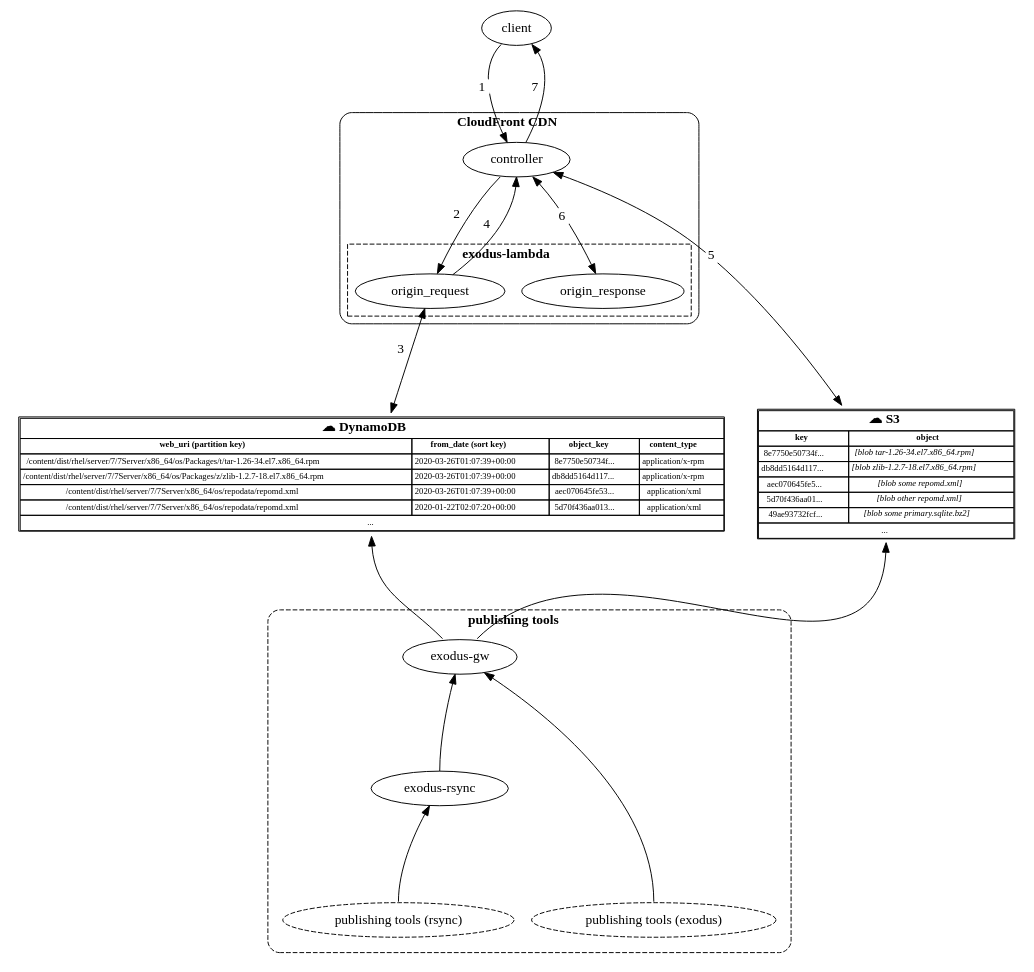
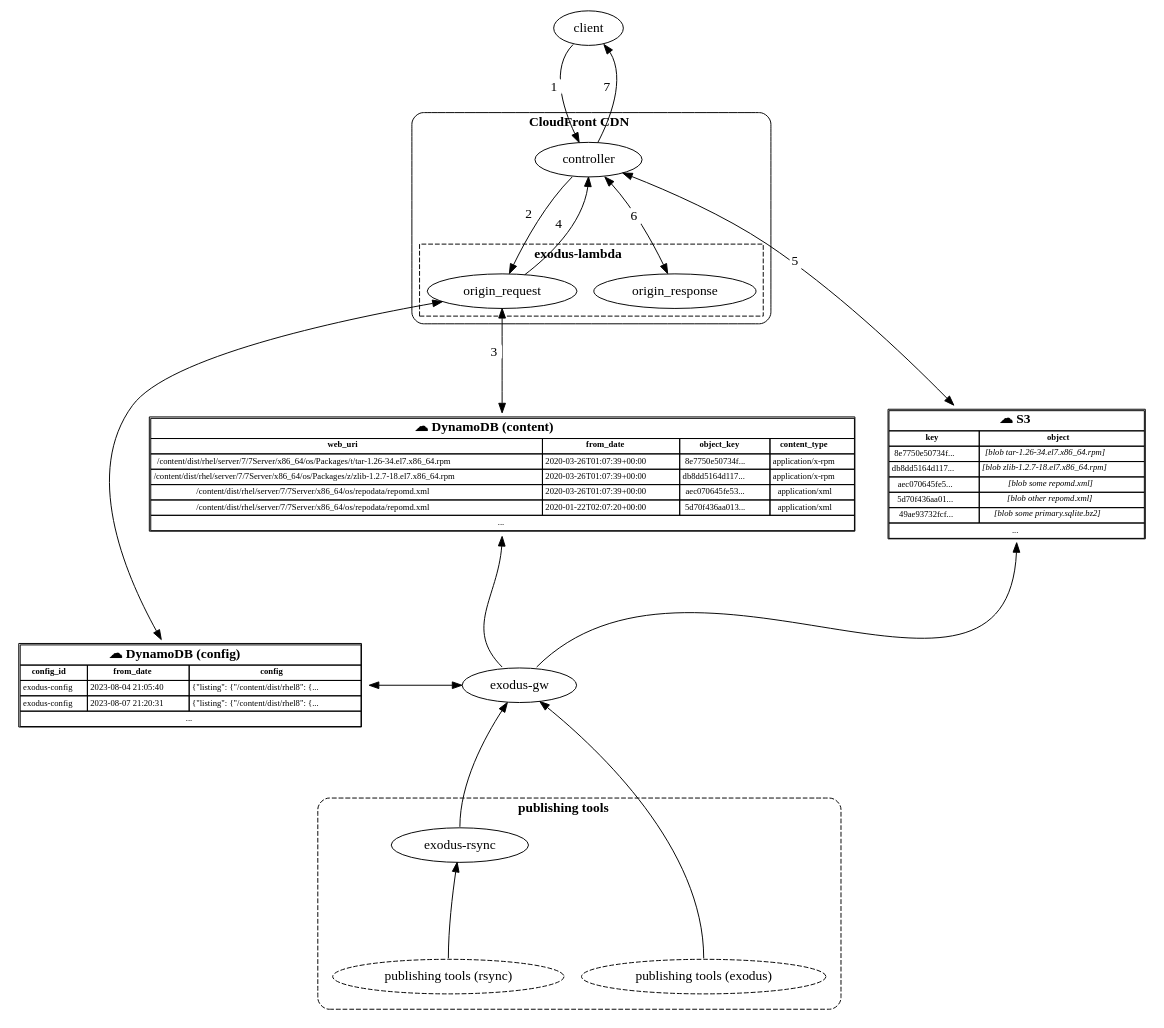
The diagram in docs/arch.gv (release-engineering/exodus-lambda), drawn with Graphviz before and after one commit. The commit also changed 1 other file, not shown here.

Commit message:
docs: include config table in architecture
The config table is significant enough that it should probably be
mentioned in the architecture diagram and component list, so do that.

```diff
--- a/docs/arch.gv
+++ b/docs/arch.gv
@@ -1,159 +1,197 @@
 digraph {
     ranksep="1.4";
 
     # These are arranged and labelled to communicate the
     # sequence of events when a request is processed.
     # Try to keep them in this order.
     client:sw -> controller [
         xlabel=< <table bgcolor="white" border="0" cellborder="0" cellpadding="0" style="rounded"><tr><td>1</td></tr></table> >
     ]
 
     controller:sw -> origin_request [
         xlabel=< <table bgcolor="white" border="0" cellborder="0" cellpadding="0" style="rounded"><tr><td>2</td></tr></table> >
     ]
 
-    origin_request -> db [
+    origin_request -> dbcontent [
         xlabel=< <table bgcolor="white" border="0" cellborder="0" cellpadding="0" style="rounded"><tr><td>3</td></tr></table> >,
+        dir=both
+    ]
+
+    origin_request -> dbconfig [
+        # This connection doesn't get a number since the reading of config is not
+        # directly tied to the lifecycle of a request.
         dir=both
     ]
 
     origin_request -> controller:s [
         xlabel=< <table bgcolor="white" border="0" cellborder="0" cellpadding="0" style="rounded"><tr><td>4</td></tr></table> >
     ]
 
     controller -> S3 [
         xlabel=< <table bgcolor="white" border="0" cellborder="0" cellpadding="0" style="rounded"><tr><td>5</td></tr></table> >,
         dir=both
     ]
 
     controller:se -> origin_response [
         xlabel=< <table bgcolor="white" border="0" cellborder="0" cellpadding="0" style="rounded"><tr><td>6</td></tr></table> >,
         dir=both
     ]
 
     controller -> client:se [
         xlabel=< <table bgcolor="white" border="0" cellborder="0" cellpadding="0" style="rounded"><tr><td>7</td></tr></table> >
     ]
 
     # publishing tools are mentioned, but do not participate
     # in the request processing.
     # Connection order here is reversed to force the publishing tools to the bottom
     # of the graph, which makes them stand out a bit more.
     S3:s -> exodus_gw:ne [dir="back"]
-    db:s -> exodus_gw:nw [dir="back"]
+    dbcontent:s -> exodus_gw:nw [dir="back"]
+    dbconfig -> exodus_gw [dir="both"]
 
     exodus_gw -> exodus_rsync:n [dir="back"];
     exodus_gw -> native_tools:n [dir="back"];
     exodus_rsync -> legacy_tools:n [dir="back"];
 
     client [label="client"]
     exodus_gw [label="exodus-gw"];
     exodus_rsync [label="exodus-rsync"];
     legacy_tools [label="publishing tools (rsync)", style="dashed"];
     native_tools [label="publishing tools (exodus)", style="dashed"];
 
-    db [
+    dbcontent [
         shape=plaintext
         fontsize=9
         label=<
 
             <table border='1' cellborder='1' cellspacing='0'>
-                <tr><td colspan='4'><font point-size="14"><b>☁ DynamoDB</b></font></td></tr>
+                <tr><td colspan='4'><font point-size="14"><b>☁ DynamoDB (content)</b></font></td></tr>
                 <tr>
-                    <td><b>web_uri (partition key)</b></td>
-                    <td><b>from_date (sort key)</b></td>
+                    <td><b>web_uri</b></td>
+                    <td><b>from_date</b></td>
                     <td><b>object_key</b></td>
                     <td><b>content_type</b></td>
                 </tr>
                 <tr>
                     <td>/content/dist/rhel/server/7/7Server/x86_64/os/Packages/t/tar-1.26-34.el7.x86_64.rpm</td>
                     <td>2020-03-26T01:07:39+00:00</td>
                     <td>8e7750e50734f...</td>
                     <td>application/x-rpm</td>
                 </tr>
                 <tr>
                     <td>/content/dist/rhel/server/7/7Server/x86_64/os/Packages/z/zlib-1.2.7-18.el7.x86_64.rpm</td>
                     <td>2020-03-26T01:07:39+00:00</td>
                     <td>db8dd5164d117...</td>
                     <td>application/x-rpm</td>
                 </tr>
                 <tr>
                     <td>/content/dist/rhel/server/7/7Server/x86_64/os/repodata/repomd.xml</td>
                     <td>2020-03-26T01:07:39+00:00</td>
                     <td>aec070645fe53...</td>
                     <td>application/xml</td>
                 </tr>
                 <tr>
                     <td>/content/dist/rhel/server/7/7Server/x86_64/os/repodata/repomd.xml</td>
                     <td>2020-01-22T02:07:20+00:00</td>
                     <td>5d70f436aa013...</td>
                     <td>application/xml</td>
+                </tr>
+                <tr><td colspan='4'>...</td></tr>
+            </table>
+        >
+    ];
+
+    dbconfig [
+        shape=plaintext
+        fontsize=9
+        label=<
+            <table border='1' cellborder='1' cellspacing='0'>
+                <tr><td colspan='4'><font point-size="14"><b>☁ DynamoDB (config)</b></font></td></tr>
+                <tr>
+                    <td><b>config_id</b></td>
+                    <td><b>from_date</b></td>
+                    <td><b>config</b></td>
+                </tr>
+                <tr>
+                    <td>exodus-config</td>
+                    <td>2023-08-04 21:05:40</td>
+                    <td>{"listing": {"/content/dist/rhel8": {...</td>
+                </tr>
+                <tr>
+                    <td>exodus-config</td>
+                    <td>2023-08-07 21:20:31</td>
+                    <td>{"listing": {"/content/dist/rhel8": {...</td>
                 </tr>
                 <tr><td colspan='4'>...</td></tr>
             </table>
         >
     ];
 
     S3 [
         shape=plaintext
         fontsize=9
         label=<
 
                 <table border='1' cellborder='1' cellspacing='0'>
                     <tr><td colspan='2'><font point-size="14"><b>☁ S3</b></font></td></tr>
                     <tr>
                         <td><b>key</b></td>
                         <td><b>object</b></td>
                     </tr>
                     <tr>
                         <td>8e7750e50734f...</td>
                         <td><i>[blob tar-1.26-34.el7.x86_64.rpm]</i></td>
                     </tr>
                     <tr>
                         <td>db8dd5164d117...</td>
                         <td><i>[blob zlib-1.2.7-18.el7.x86_64.rpm]</i></td>
                     </tr>
                     <tr>
                         <td>aec070645fe5...</td>
                         <td><i>[blob some repomd.xml]</i></td>
                     </tr>
                     <tr>
                         <td>5d70f436aa01...</td>
                         <td><i>[blob other repomd.xml]</i></td>
                     </tr>
                     <tr>
                         <td>49ae93732fcf...</td>
                         <td><i>[blob some primary.sqlite.bz2]</i></td>
                     </tr>
                     <tr><td colspan='2'>...</td></tr>
                 </table>
         >
     ];
 
     subgraph cluster_0 {
         label=< <b>CloudFront CDN</b> >
         style="rounded";
         controller;
         subgraph cluster_1 {
             label=<<b>exodus-lambda</b>>;
             style="dashed";
             rank=same
             origin_request;
             origin_response;
         }
     }
 
     subgraph cluster_10 {
         label=< <b>publishing tools</b> >
         style="dashed,rounded";
         exodus_gw;
         exodus_rsync;
         subgraph cluster_11 {
             label="";
             style="invis";
             rank=same;
             legacy_tools;
             native_tools;
         }
     }
+
+    # both DynamoDB and S3 would normally be on the same rank, which makes
+    # the diagram way too wide. This ought to help by shifting the config
+    # table downwards.
+    { rank=same; exodus_gw; dbconfig; }
 }
```
